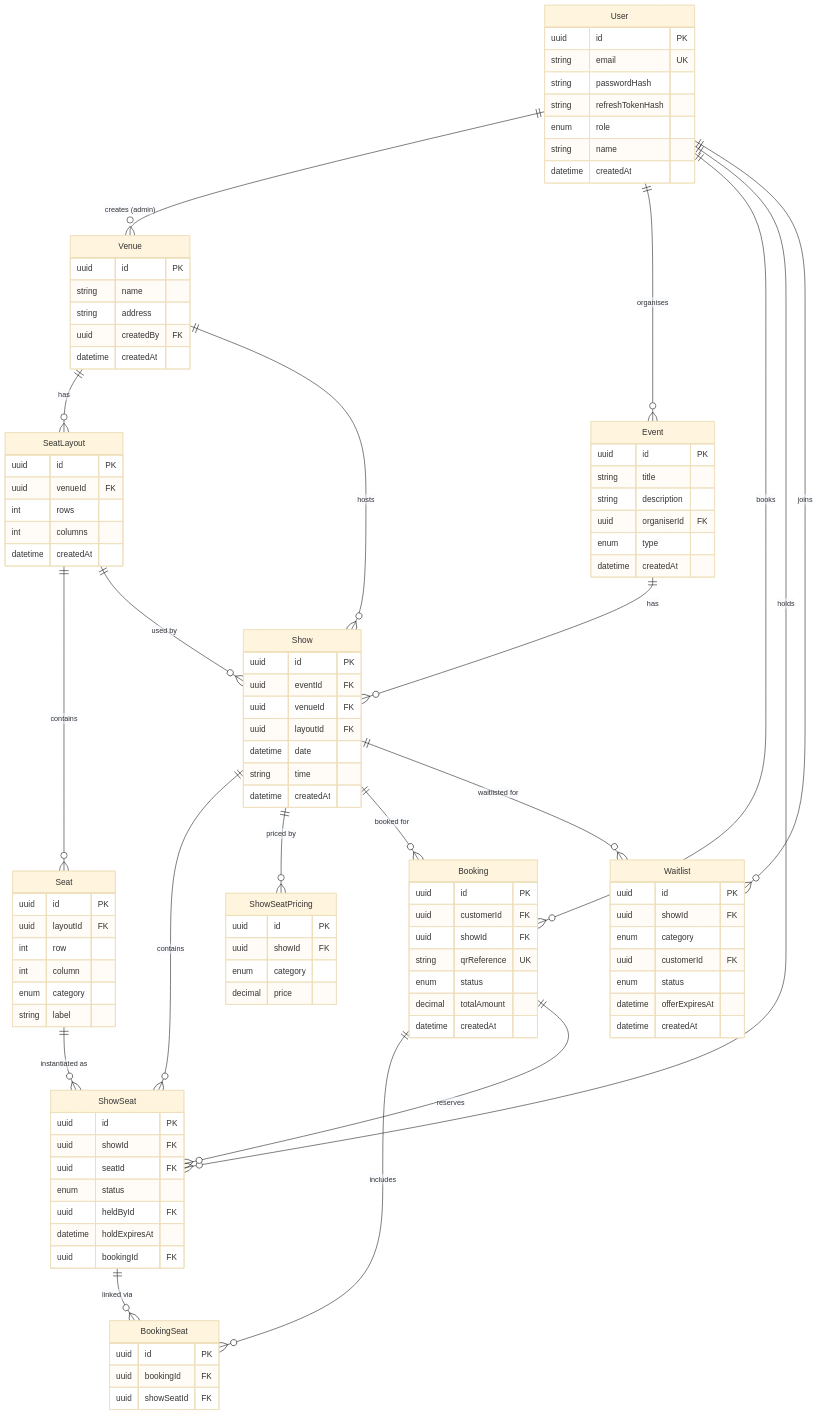
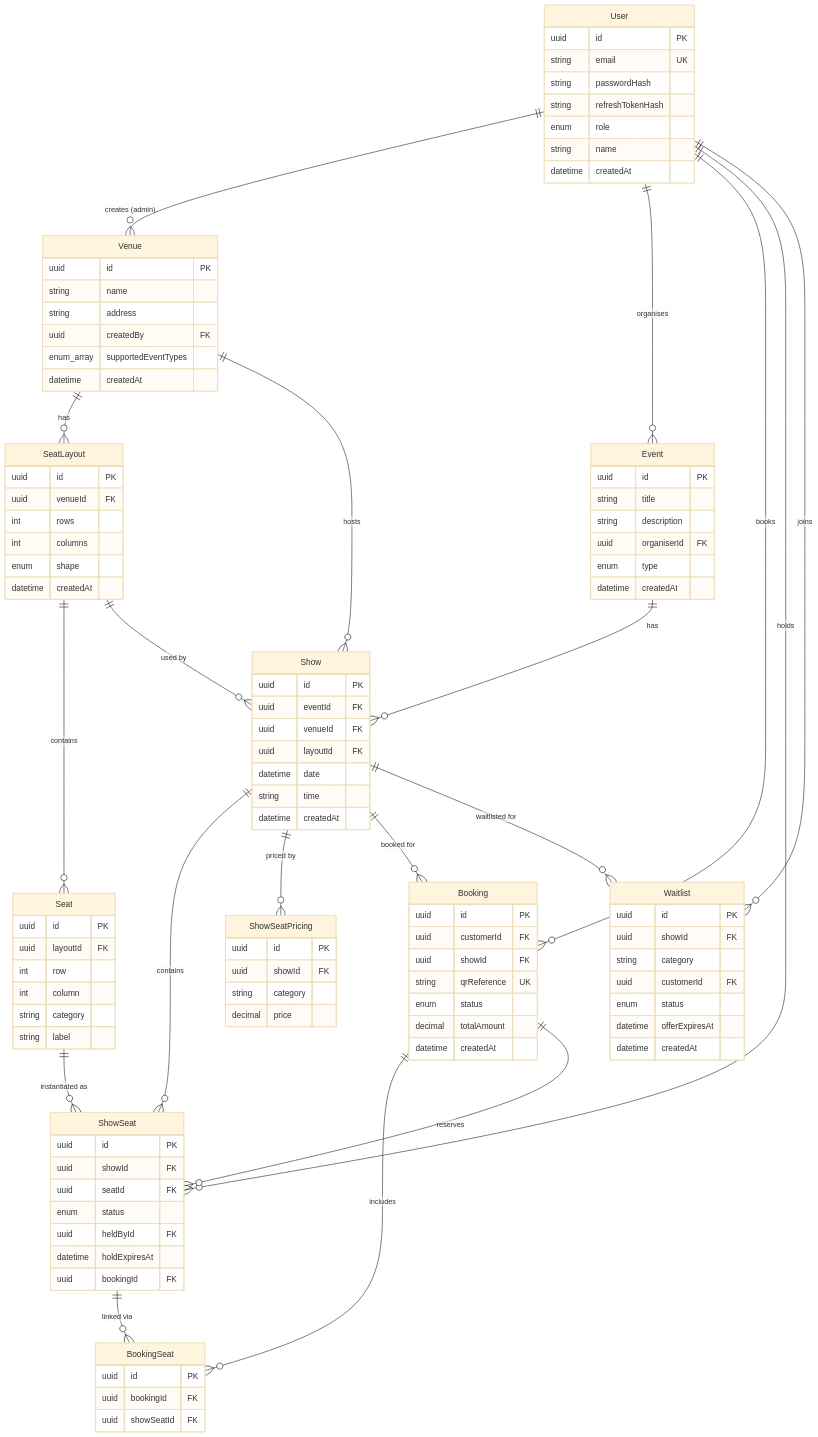
The diagram in docs/er-diagram.md (TRITUSLegend/ticket-booking-system), drawn with Mermaid (base theme) before and after one commit. The commit also changed 3 other files, not shown here.

```diff
--- a/docs/er-diagram.md
+++ b/docs/er-diagram.md
@@ -17,6 +17,7 @@
         string name
         string address
         uuid createdBy FK
+        enum_array supportedEventTypes
         datetime createdAt
     }
 
@@ -25,6 +26,7 @@
         uuid venueId FK
         int rows
         int columns
+        enum shape
         datetime createdAt
     }
 
@@ -33,7 +35,7 @@
         uuid layoutId FK
         int row
         int column
-        enum category
+        string category
         string label
     }
 
@@ -59,7 +61,7 @@
     ShowSeatPricing {
         uuid id PK
         uuid showId FK
-        enum category
+        string category
         decimal price
     }
 
@@ -92,7 +94,7 @@
     Waitlist {
         uuid id PK
         uuid showId FK
-        enum category
+        string category
         uuid customerId FK
         enum status
         datetime offerExpiresAt
```
